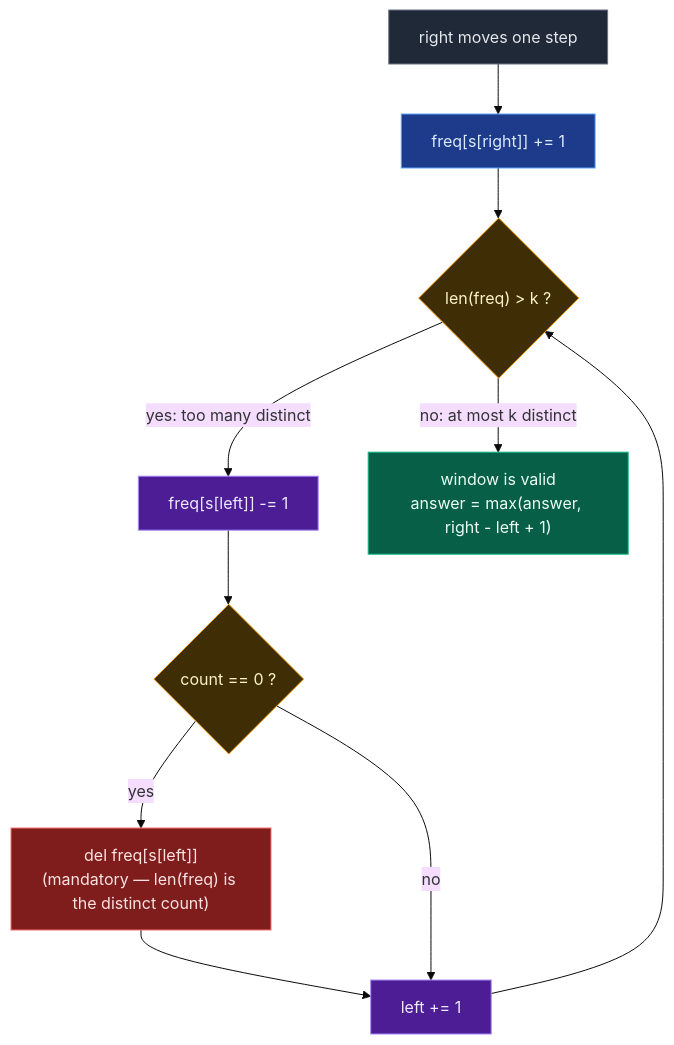
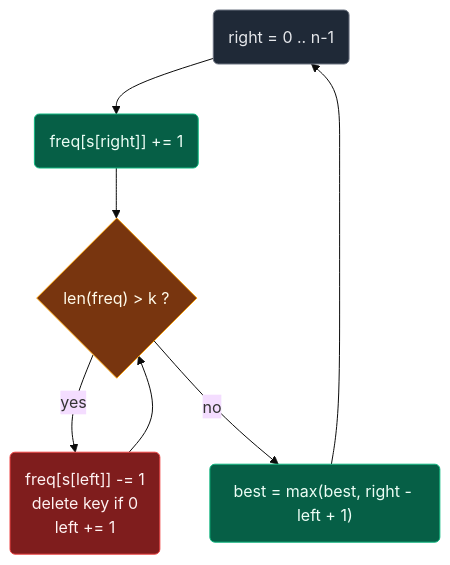
Before and after one commit to ajay-nikumbh/dsa-notes: the fourth of 6 diagrams in 04. Sliding window/03. At Most/01. 340. Longest Substring With At Most K Distinct Characters.md, drawn with Mermaid (base theme). The commit also changed other lines of this file, not shown here.

First line of the commit message:
Sliding Window 08: rewrite 340 Longest Substring With At Most K Distinct

````diff
--- a/04. Sliding window/03. At Most/01. 340. Longest Substring With At Most K Distinct Characters.md
+++ b/04. Sliding window/03. At Most/01. 340. Longest Substring With At Most K Distinct Characters.md
@@ -105,26 +145,14 @@
 ```mermaid
 flowchart TD
-    A["right moves one step"]:::step
-    B["freq[s[right]] += 1"]:::add
-    C{"len(freq) > k ?"}:::test
-    D["freq[s[left]] -= 1"]:::drop
-    E{"count == 0 ?"}:::test
-    F["del freq[s[left]]<br/>(mandatory — len(freq) is the distinct count)"]:::danger
-    G["left += 1"]:::drop
-    H["window is valid<br/>answer = max(answer, right - left + 1)"]:::calc
+    A("right = 0 .. n-1"):::edge --> B("freq[s[right]] += 1"):::calc
+    B --> C{"len(freq) > k ?"}:::check
+    C -->|yes| D("freq[s[left]] -= 1<br/>delete key if 0<br/>left += 1"):::shrink
+    D --> C
+    C -->|no| E("best = max(best, right - left + 1)"):::calc
+    E --> A
 
-    A --> B --> C
-    C -- "yes: too many distinct" --> D
-    D --> E
-    E -- yes --> F --> G
-    E -- no --> G
-    G --> C
-    C -- "no: at most k distinct" --> H
-
-    classDef step fill:#1f2937,stroke:#6b7280,color:#e5e7eb
-    classDef add fill:#1e3a8a,stroke:#60a5fa,color:#dbeafe
-    classDef test fill:#3f2d05,stroke:#f59e0b,color:#fef3c7
-    classDef drop fill:#4c1d95,stroke:#a78bfa,color:#ede9fe
-    classDef danger fill:#7f1d1d,stroke:#f87171,color:#fee2e2
+    classDef edge fill:#1f2937,stroke:#6b7280,color:#e5e7eb
+    classDef check fill:#78350f,stroke:#f59e0b,color:#fffbeb
+    classDef shrink fill:#7f1d1d,stroke:#ef4444,color:#fef2f2
     classDef calc fill:#065f46,stroke:#10b981,color:#ecfdf5
 ```
````
